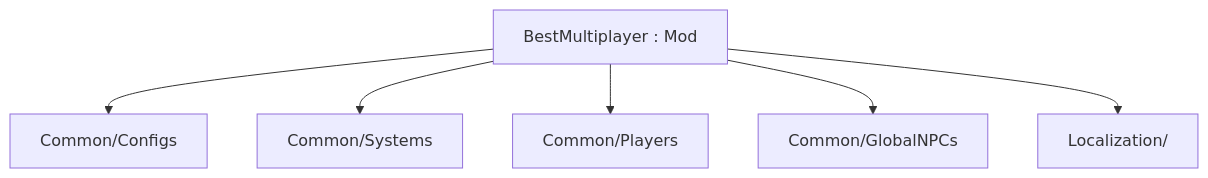
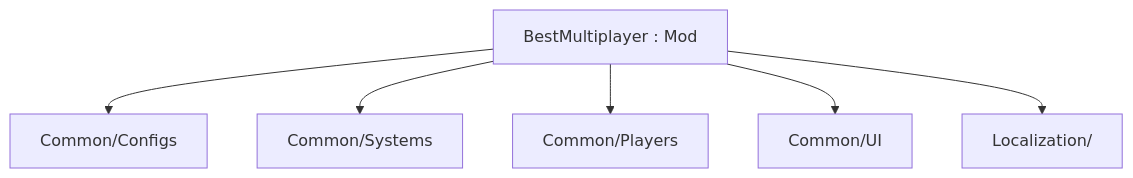
The diagram in wiki/concepts/scaffold-conventions.md (AdamPSU/BestMultiplayer), drawn with Mermaid before and after one commit. The commit also changed other lines of this file and 21 other files, not shown here.

````diff
--- a/wiki/concepts/scaffold-conventions.md
+++ b/wiki/concepts/scaffold-conventions.md
@@ -10,9 +10,9 @@
 ```mermaid
 flowchart TB
   Mod["BestMultiplayer : Mod"]
   Mod --> Configs["Common/Configs"]
   Mod --> Systems["Common/Systems"]
   Mod --> Players["Common/Players"]
-  Mod --> Globals["Common/GlobalNPCs"]
+  Mod --> UI["Common/UI"]
   Mod --> Loc["Localization/"]
 ```
````
